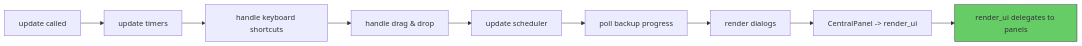
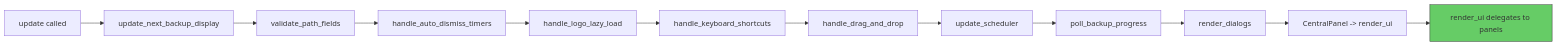
The second of 2 diagrams in architecture.md (jhosenthG/project_autocopy), drawn with Mermaid before and after one commit. The commit also changed other lines of this file, not shown here.

````diff
--- a/architecture.md
+++ b/architecture.md
@@ -116,13 +287,16 @@
 ```mermaid
 flowchart LR
-    A[update called] --> B[update timers]
-    B --> C[handle keyboard shortcuts]
-    C --> D[handle drag & drop]
-    D --> E[update scheduler]
-    E --> F[poll backup progress]
-    F --> G[render dialogs]
-    G --> H[CentralPanel -> render_ui]
-    H --> I[render_ui delegates to panels]
+    A[update called] --> B[update_next_backup_display]
+    B --> C[validate_path_fields]
+    C --> D[handle_auto_dismiss_timers]
+    D --> E[handle_logo_lazy_load]
+    E --> F[handle_keyboard_shortcuts]
+    F --> G[handle_drag_and_drop]
+    G --> H[update_scheduler]
+    H --> I[poll_backup_progress]
+    I --> J[render_dialogs]
+    J --> K[CentralPanel -> render_ui]
+    K --> L[render_ui delegates to panels]
 
-    style I fill:#6c6,stroke:#333
+    style L fill:#6c6,stroke:#333
 ```
````
